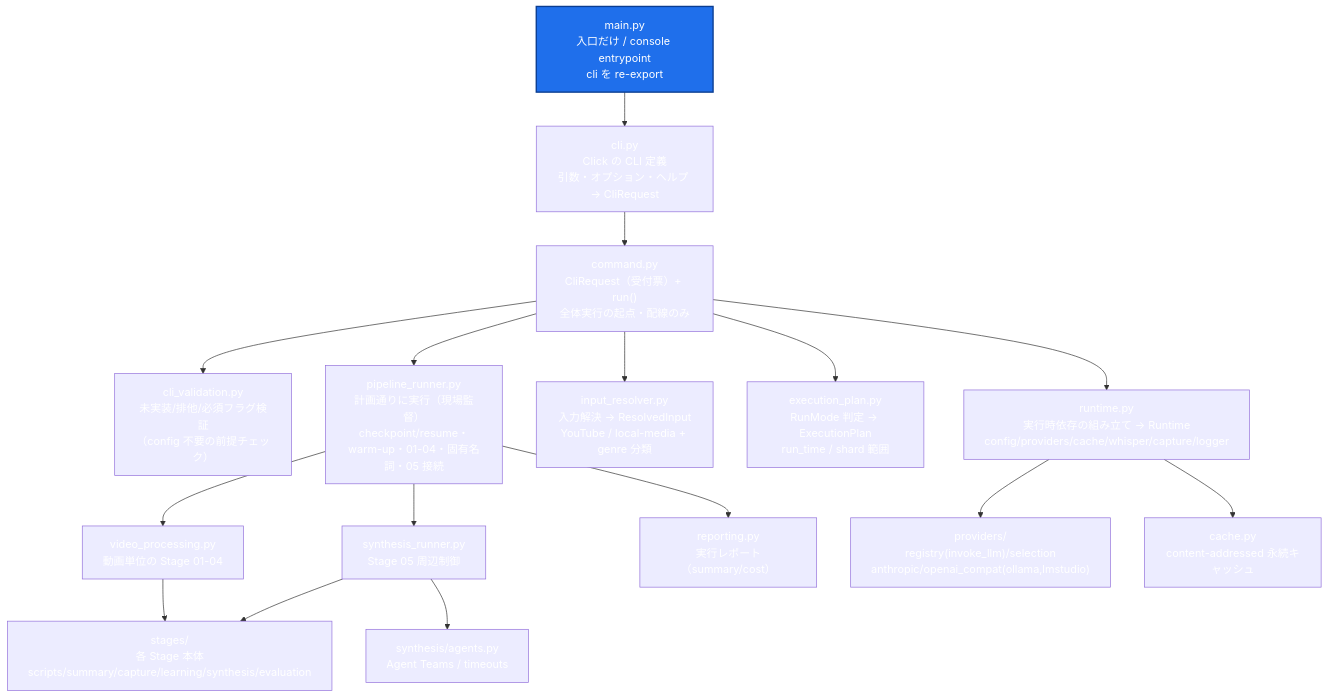
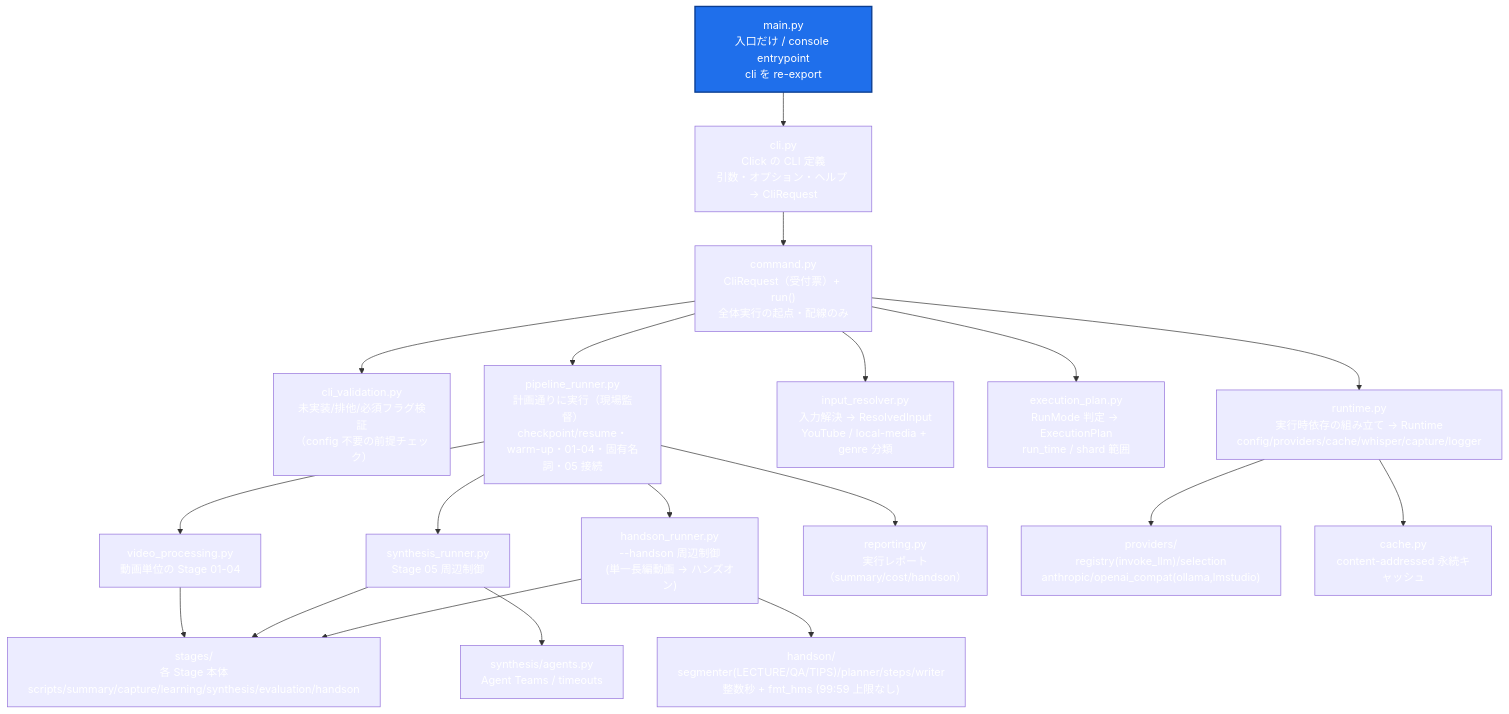
The diagram in docs/main-architecture.md (theosera/pipeline-youtube-SDK), drawn with Mermaid before and after one commit. The commit also changed other lines of this file and 13 other files, not shown here.

````diff
--- a/docs/main-architecture.md
+++ b/docs/main-architecture.md
@@ -29,31 +29,34 @@
 ```mermaid
 flowchart TD
     MAIN["main.py<br/>入口だけ / console entrypoint<br/>cli を re-export"]
     CLI["cli.py<br/>Click の CLI 定義<br/>引数・オプション・ヘルプ → CliRequest"]
     CMD["command.py<br/>CliRequest（受付票）+ run()<br/>全体実行の起点・配線のみ"]
 
     VALID["cli_validation.py<br/>未実装/排他/必須フラグ検証<br/>（config 不要の前提チェック）"]
     RUNTIME["runtime.py<br/>実行時依存の組み立て → Runtime<br/>config/providers/cache/whisper/capture/logger"]
     INPUT["input_resolver.py<br/>入力解決 → ResolvedInput<br/>YouTube / local-media + genre 分類"]
     PLAN["execution_plan.py<br/>RunMode 判定 → ExecutionPlan<br/>run_time / shard 範囲"]
     RUNNER["pipeline_runner.py<br/>計画通りに実行（現場監督）<br/>checkpoint/resume・warm-up・01-04・固有名詞・05 接続"]
 
     VIDEO["video_processing.py<br/>動画単位の Stage 01-04"]
     SYNTH_RUN["synthesis_runner.py<br/>Stage 05 周辺制御"]
-    REPORT["reporting.py<br/>実行レポート（summary/cost）"]
+    HANDSON_RUN["handson_runner.py<br/>--handson 周辺制御<br/>(単一長編動画 → ハンズオン)"]
+    REPORT["reporting.py<br/>実行レポート（summary/cost/handson）"]
 
-    STAGES["stages/<br/>各 Stage 本体<br/>scripts/summary/capture/learning/synthesis/evaluation"]
+    STAGES["stages/<br/>各 Stage 本体<br/>scripts/summary/capture/learning/synthesis/evaluation/handson"]
     SYNAGENTS["synthesis/agents.py<br/>Agent Teams / timeouts"]
+    HANDSONPKG["handson/<br/>segmenter(LECTURE/QA/TIPS)/planner/steps/writer<br/>整数秒 + fmt_hms (99:59 上限なし)"]
     PROVIDERS["providers/<br/>registry(invoke_llm)/selection<br/>anthropic/openai_compat(ollama,lmstudio)"]
     CACHE["cache.py<br/>content-addressed 永続キャッシュ"]
 
     MAIN --> CLI --> CMD
     CMD --> VALID & RUNTIME & INPUT & PLAN & RUNNER
-    RUNNER --> VIDEO & SYNTH_RUN & REPORT
+    RUNNER --> VIDEO & SYNTH_RUN & HANDSON_RUN & REPORT
     VIDEO --> STAGES
     SYNTH_RUN --> STAGES & SYNAGENTS
+    HANDSON_RUN --> STAGES & HANDSONPKG
     RUNTIME --> PROVIDERS & CACHE
 
     classDef root fill:#1f6feb,color:#fff,stroke:#0b3d91,stroke-width:2px;
     class MAIN root;
 ```
````
